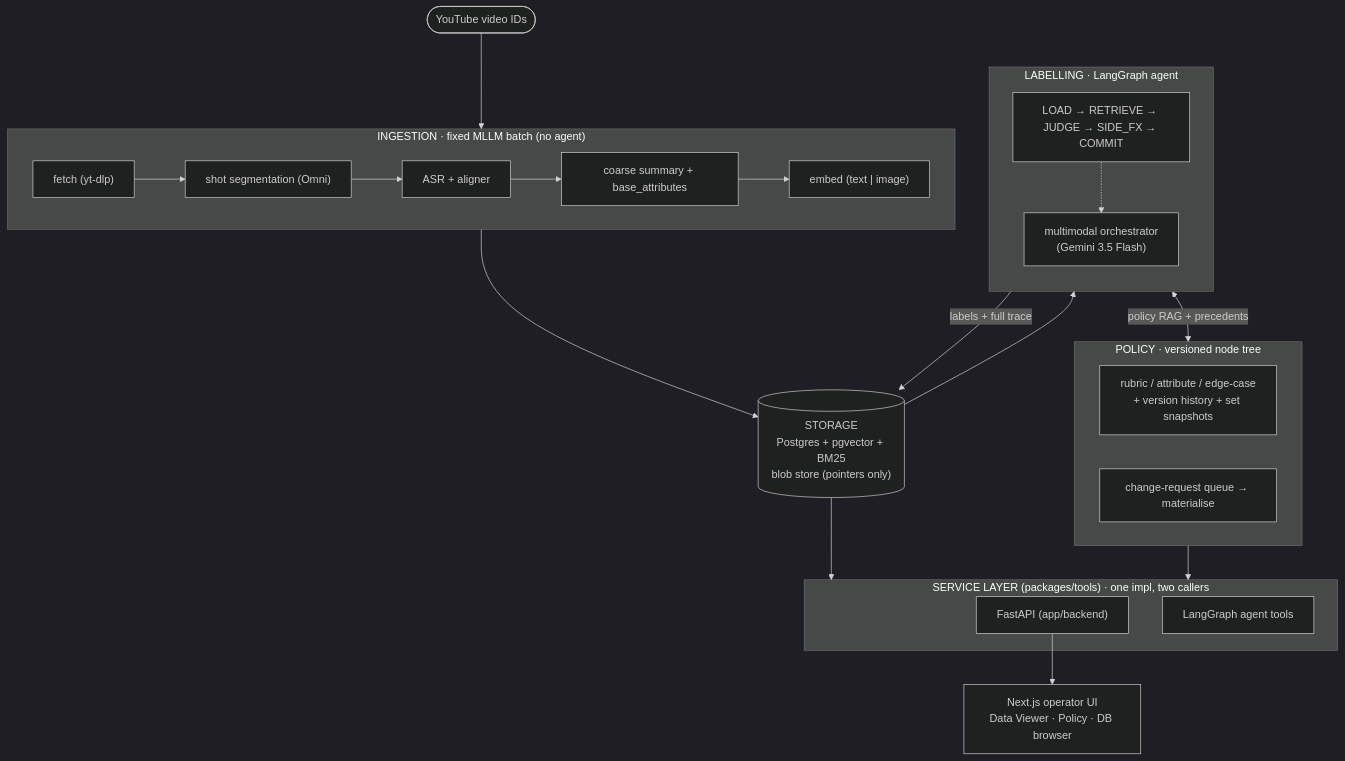
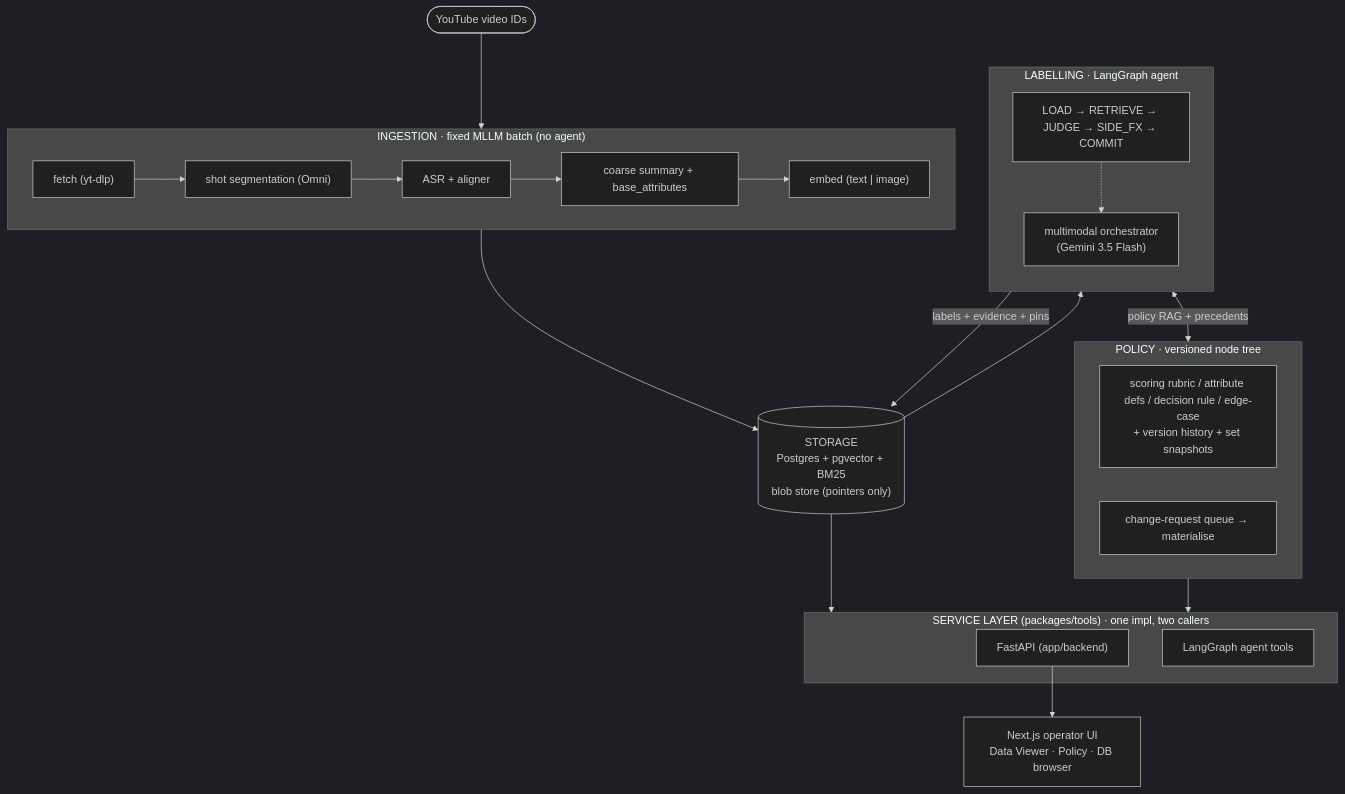
One commit to jhoowy/GV-Auto-Labelling-Agent changed the first of 5 diagrams in docs/ARCHITECTURE.md. Above: the diagram before and after it, drawn with Mermaid (dark theme). The commit also changed other lines of this file and 5 other files, not shown here.

First line of the commit message:
Update docs to match the policy redesign (attribute-driven JUDGE, decision tree, provenance)

````diff
--- a/docs/ARCHITECTURE.md
+++ b/docs/ARCHITECTURE.md
@@ -14,39 +14,39 @@
 ```mermaid
 flowchart TB
   IDS(["YouTube video IDs"])
 
   subgraph ING["INGESTION · fixed MLLM batch (no agent)"]
     direction LR
     F["fetch (yt-dlp)"] --> SEG["shot segmentation (Omni)"] --> A["ASR + aligner"]
     A --> C["coarse summary + base_attributes"] --> E["embed (text | image)"]
   end
 
   STORE[("STORAGE<br/>Postgres + pgvector + BM25<br/>blob store (pointers only)")]
 
   subgraph LAB["LABELLING · LangGraph agent"]
     direction TB
     SM["LOAD → RETRIEVE → JUDGE → SIDE_FX → COMMIT"]
     ORCH["multimodal orchestrator<br/>(Gemini 3.5 Flash)"]
     SM -.-> ORCH
   end
 
   subgraph POL["POLICY · versioned node tree"]
-    PT["rubric / attribute / edge-case<br/>+ version history + set snapshots"]
+    PT["scoring rubric / attribute defs / decision rule / edge-case<br/>+ version history + set snapshots"]
     PQ["change-request queue → materialise"]
   end
 
   subgraph SVC["SERVICE LAYER (packages/tools) · one impl, two callers"]
     API["FastAPI (app/backend)"]
     AT["LangGraph agent tools"]
   end
 
   UI["Next.js operator UI<br/>Data Viewer · Policy · DB browser"]
 
   IDS --> ING --> STORE
   STORE --> LAB
   LAB <-->|"policy RAG + precedents"| POL
-  LAB -->|"labels + full trace"| STORE
+  LAB -->|"labels + evidence + pins"| STORE
   STORE --> SVC
   POL --> SVC
   API --> UI
 ```
````
